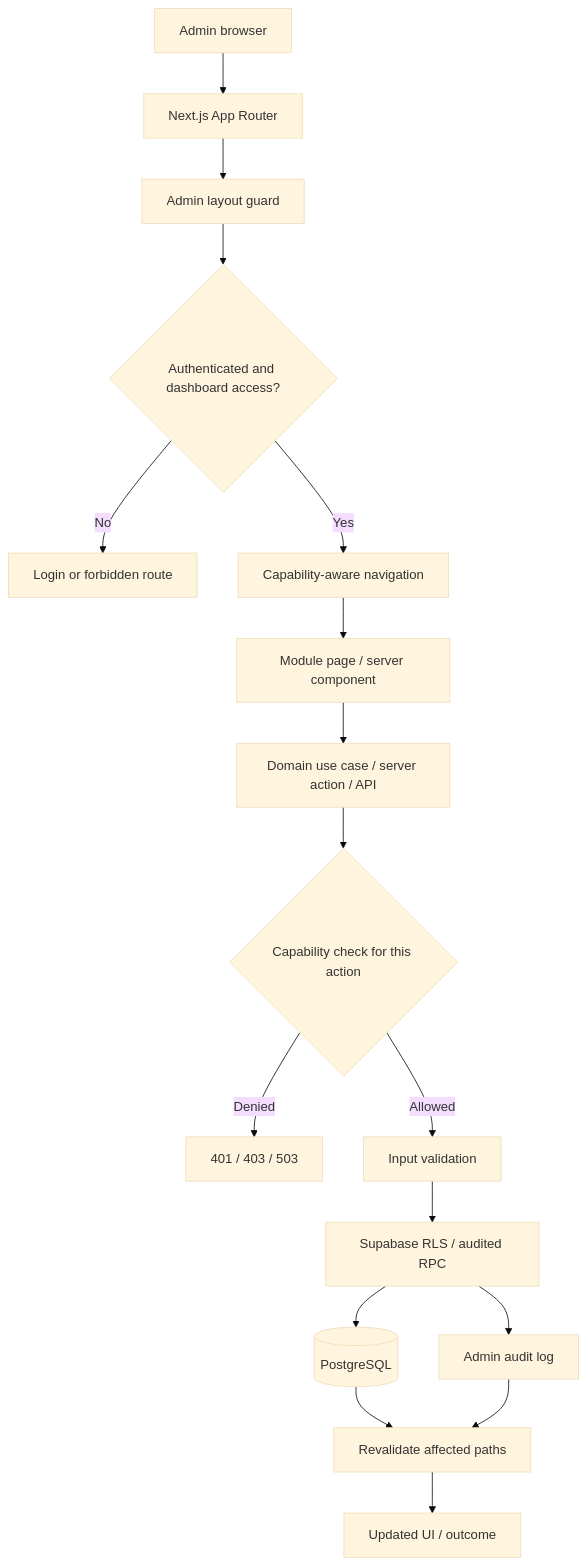
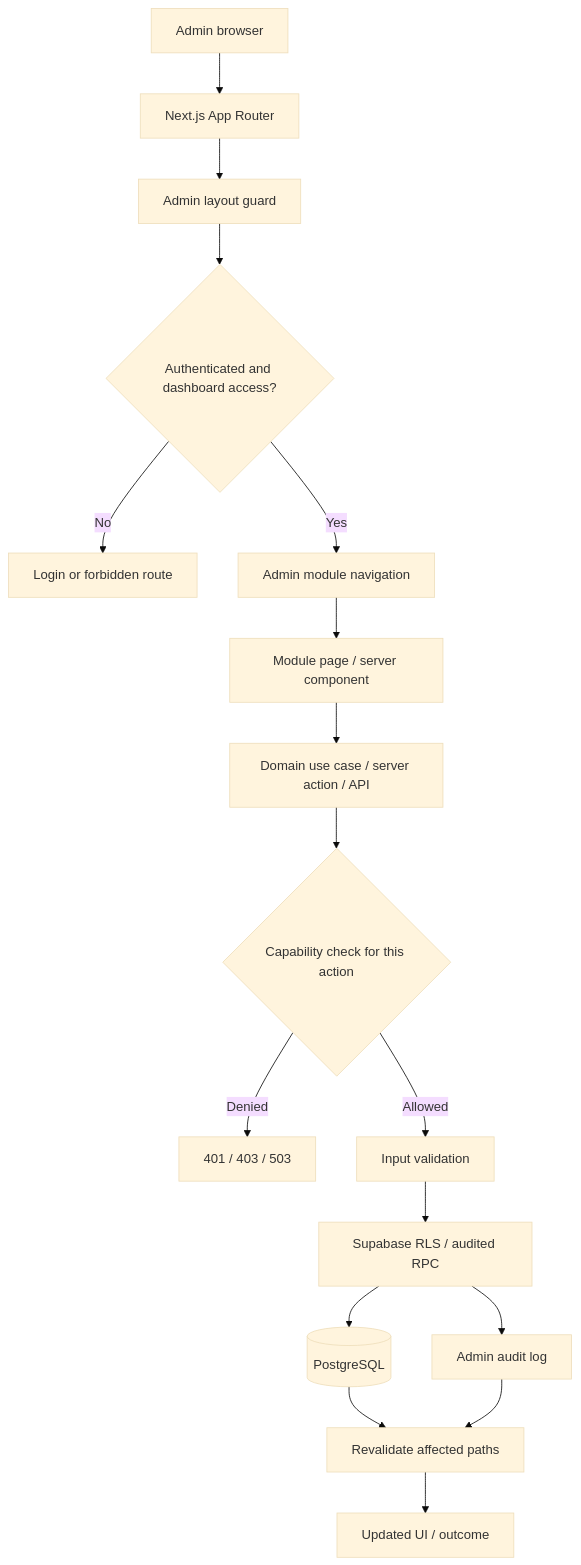
Before and after one commit to agrivacombd/agriva: the first of 2 diagrams in docs/admin-control-center-architecture-flow.md, drawn with Mermaid (base theme). The commit also changed other lines of this file, not shown here.

Commit message:
docs(admin): clarify navigation authorization boundary

````diff
--- a/docs/admin-control-center-architecture-flow.md
+++ b/docs/admin-control-center-architecture-flow.md
@@ -46,19 +46,19 @@
 ```mermaid
 flowchart TD
   A[Admin browser] --> B[Next.js App Router]
   B --> C[Admin layout guard]
   C --> D{Authenticated and dashboard access?}
   D -->|No| E[Login or forbidden route]
-  D -->|Yes| F[Capability-aware navigation]
+  D -->|Yes| F[Admin module navigation]
   F --> G[Module page / server component]
   G --> H[Domain use case / server action / API]
   H --> I{Capability check for this action}
   I -->|Denied| J[401 / 403 / 503]
   I -->|Allowed| K[Input validation]
   K --> L[Supabase RLS / audited RPC]
   L --> M[(PostgreSQL)]
   L --> N[Admin audit log]
   M --> O[Revalidate affected paths]
   N --> O
   O --> P[Updated UI / outcome]
 ```
````
